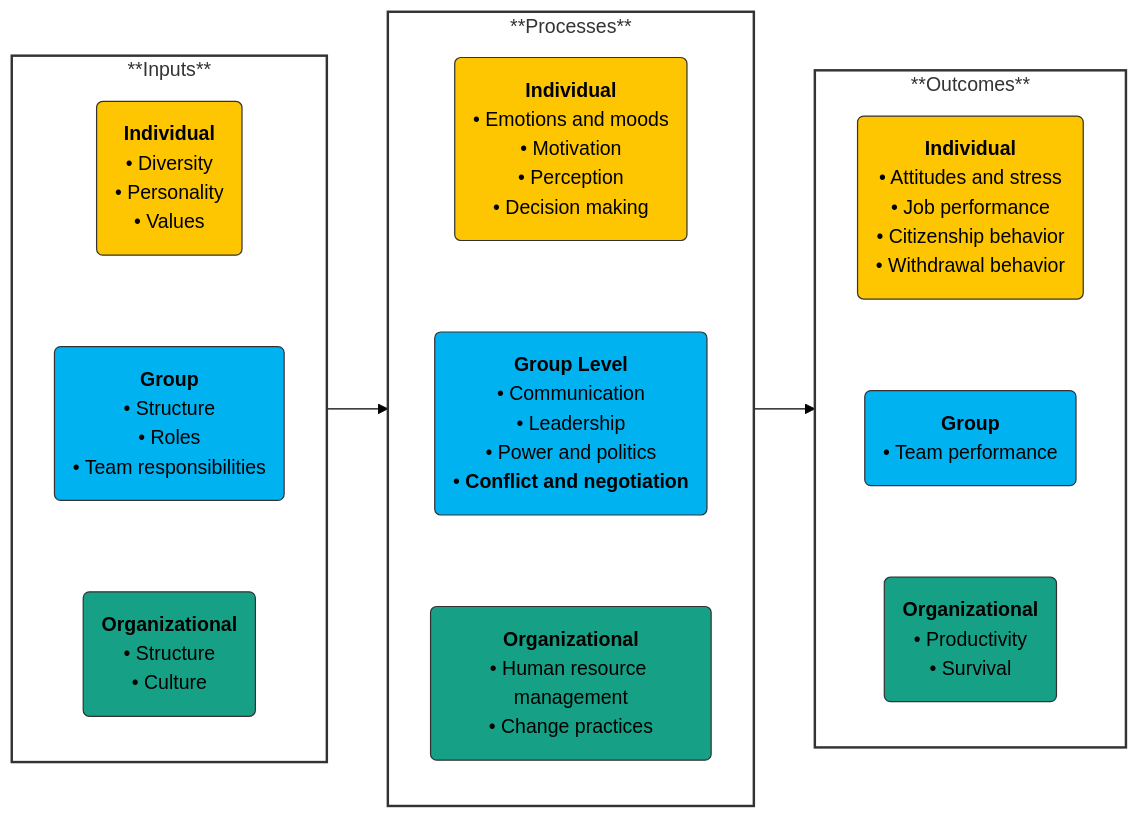
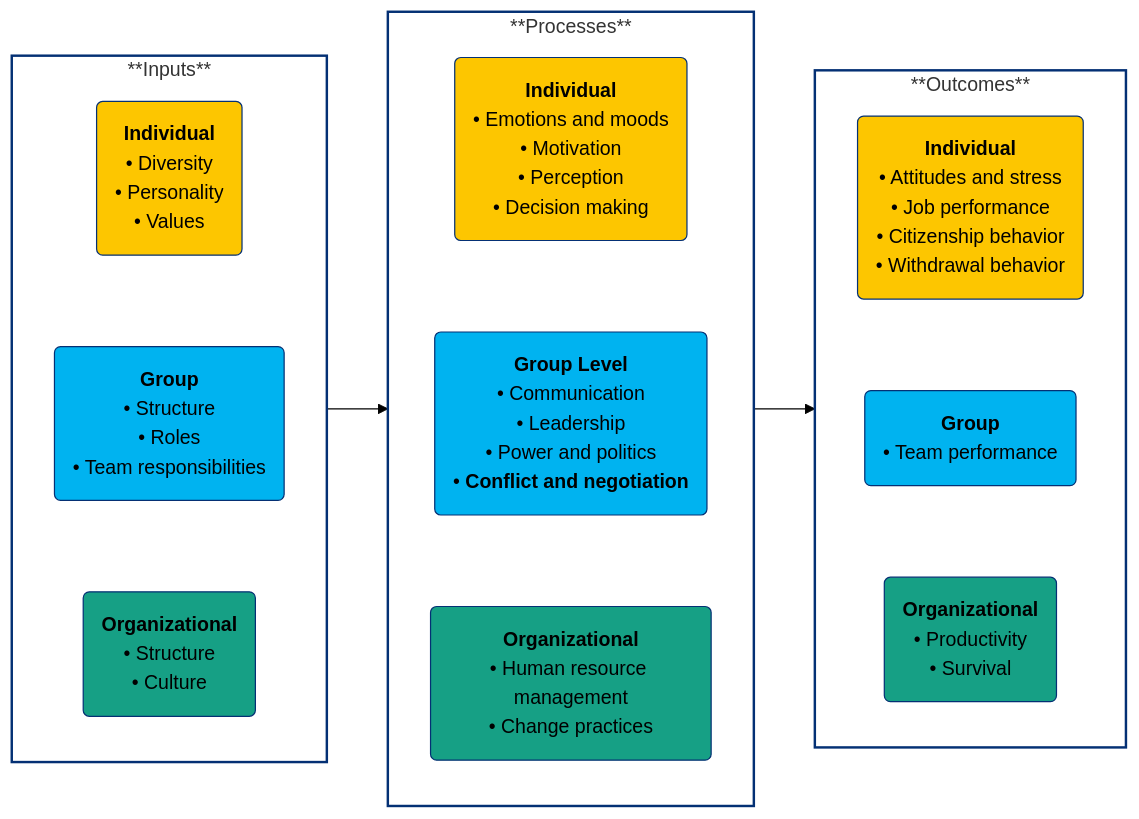
The second of 2 diagrams in 001_nature_neg_html.qmd (luifrancgom/conflict_neg), drawn with Mermaid (forest theme) before and after one commit. The commit also changed 2 other files, not shown here.

Commit message:
add color strokes consistency

````diff
--- a/001_nature_neg_html.qmd
+++ b/001_nature_neg_html.qmd
@@ -124,73 +124,73 @@
 ```{mermaid}
 %%| label: fig-bo-model
 %%| fig-cap: Basic Organizational Behavior Model [@robbins_organizational_2024, p. 61]
 %%| fig-height: 5
 
 flowchart LR
     subgraph S1["**Inputs**"]
       direction TB
       A1("`**Individual**
       • Diversity
       • Personality
       • Values`") 
       A2("`**Group**
       • Structure
       • Roles
       • Team responsibilities`") 
       A3("`**Organizational**
       • Structure
       • Culture`")
       %% Invisible links to force vertical stacking
       A1 ~~~ A2 ~~~ A3
     end
 
     subgraph S2["**Processes**"]
       direction TB
       B1("`**Individual**
       • Emotions and moods
       • Motivation
       • Perception
       • Decision making`") 
       B2("`**Group Level**
       • Communication
       • Leadership
       • Power and politics
       • **Conflict and negotiation**`") 
       B3("`**Organizational**
       • Human resource management
       • Change practices`")
       %% Invisible links to force vertical stacking
       B1 ~~~ B2 ~~~ B3
     end
     
     subgraph S3["**Outcomes**"]
       direction TB
       C1("`**Individual**
       • Attitudes and stress
       • Job performance
       • Citizenship behavior
       • Withdrawal behavior`") 
       C2("`**Group**
       • Team performance`") 
       C3("`**Organizational**
       • Productivity
       • Survival`")
       %% Invisible links to force vertical stacking
       C1 ~~~ C2 ~~~ C3
     end
 
     S1 --> S2
     S2 --> S3
 
-    classDef Individual fill:#fdc600,stroke:#333,stroke-width:1px;
-    classDef Group fill:#00b3f0,stroke:#333,stroke-width:1px;
-    classDef Organizational fill:#16a085,stroke:#333,stroke-width:1px;
+    classDef Individual fill:#fdc600,stroke:#043074,stroke-width:1px;
+    classDef Group fill:#00b3f0,stroke:#043074,stroke-width:1px;
+    classDef Organizational fill:#16a085,stroke:#043074,stroke-width:1px;
 
     class A1,B1,C1 Individual;
     class A2,B2,C2 Group;
     class A3,B3,C3 Organizational;
     
-    style S1 fill:none,stroke:#333,stroke-width:2px
-    style S2 fill:none,stroke:#333,stroke-width:2px
-    style S3 fill:none,stroke:#333,stroke-width:2px
+    style S1 fill:none,stroke:#043074,stroke-width:2px
+    style S2 fill:none,stroke:#043074,stroke-width:2px
+    style S3 fill:none,stroke:#043074,stroke-width:2px
 ```
````
